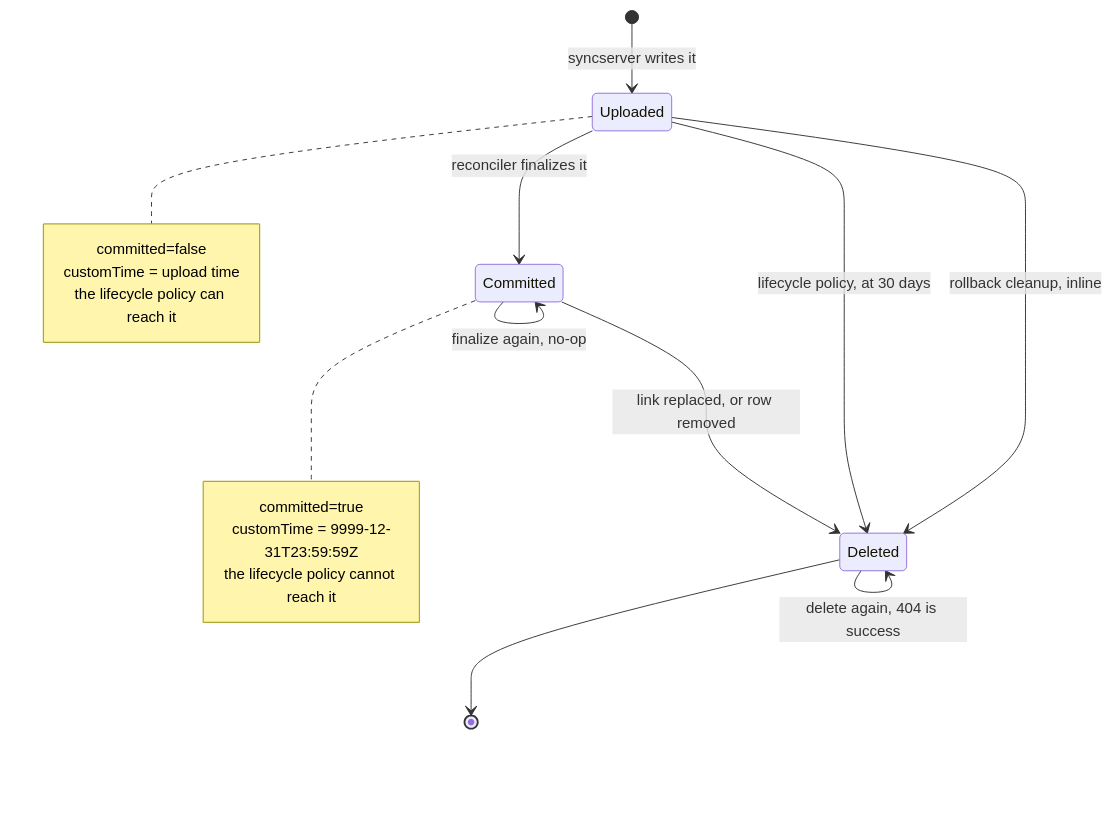
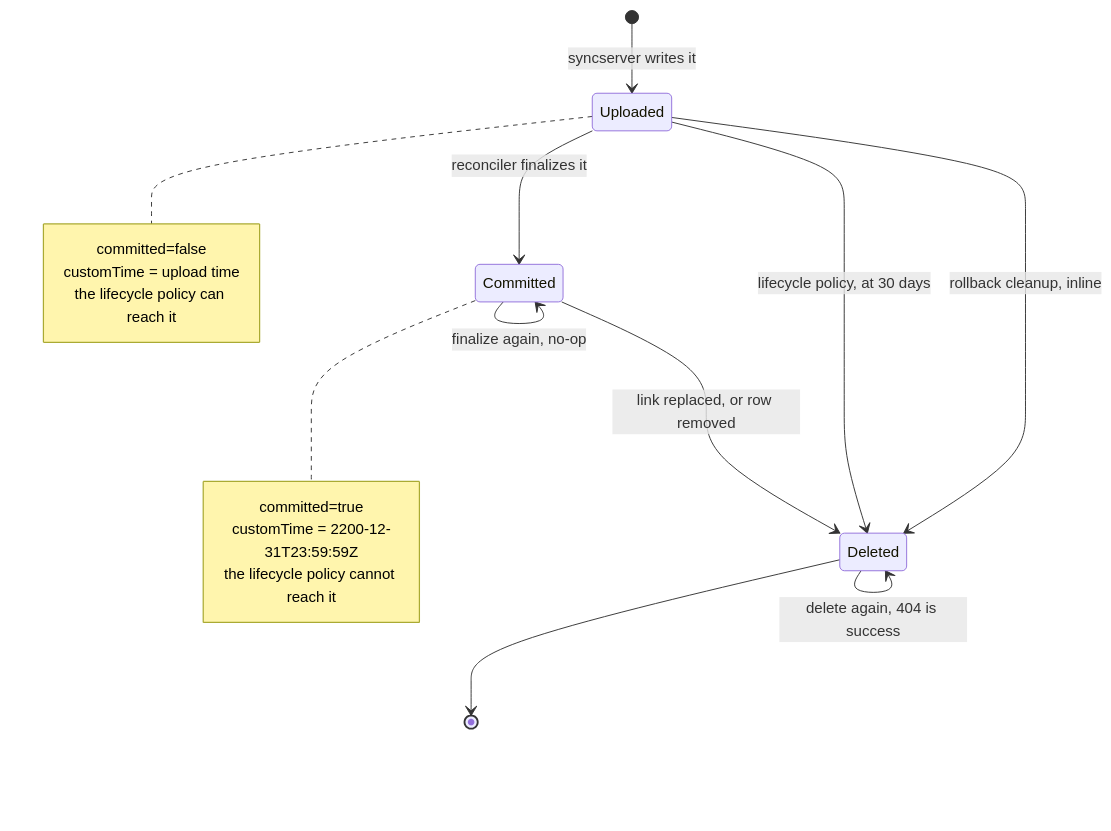
Before and after one commit to mozilla-services/syncstorage-rs: the fourth of 4 diagrams in docs/src/payload-offload/overview.md, drawn with Mermaid. The commit also changed other lines of this file and 3 other files, not shown here.

First line of the commit message:
fix: don't overflow GCS custom-time (#2541)

````diff
--- a/docs/src/payload-offload/overview.md
+++ b/docs/src/payload-offload/overview.md
@@ -152,23 +152,23 @@
 ```mermaid
 stateDiagram-v2
     [*] --> Uploaded : syncserver writes it
     Uploaded --> Committed : reconciler finalizes it
     Uploaded --> Deleted : rollback cleanup, inline
     Uploaded --> Deleted : lifecycle policy, at 30 days
     Committed --> Deleted : link replaced, or row removed
     Committed --> Committed : finalize again, no-op
     Deleted --> Deleted : delete again, 404 is success
     Deleted --> [*]
 
     note right of Uploaded
         committed=false
         customTime = upload time
         the lifecycle policy can reach it
     end note
 
     note right of Committed
         committed=true
-        customTime = 9999-12-31T23:59:59Z
+        customTime = 2200-12-31T23:59:59Z
         the lifecycle policy cannot reach it
     end note
 ```
````
